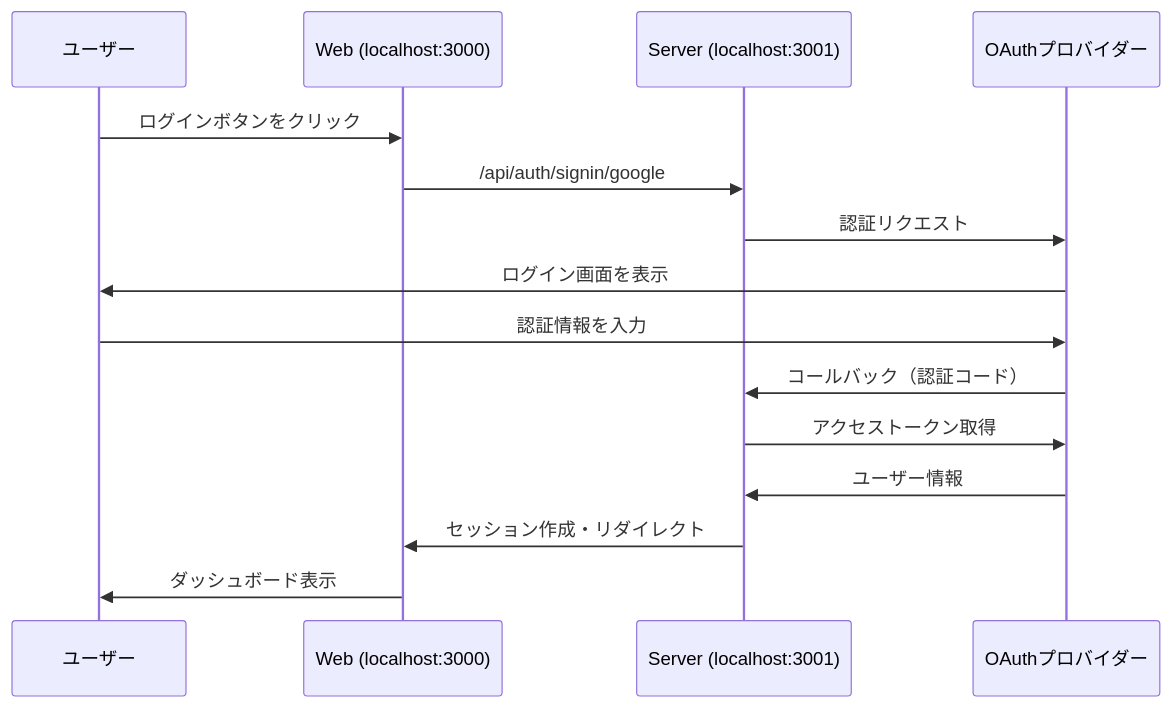
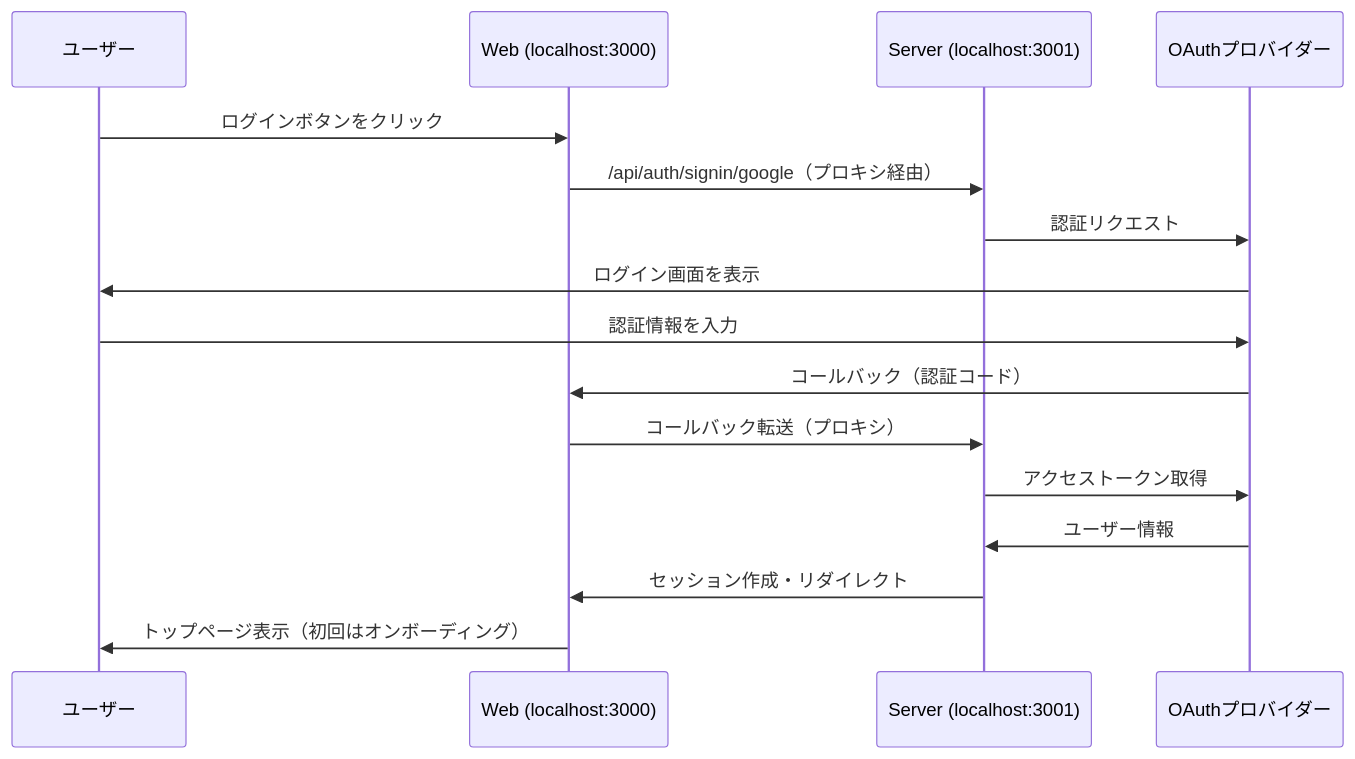
One commit to shiroemons/thac changed the first of 2 diagrams in docs/specs/oauth-setup.md. Above: the diagram before and after it, drawn with Mermaid. The commit also changed other lines of this file, not shown here.

````diff
--- a/docs/specs/oauth-setup.md
+++ b/docs/specs/oauth-setup.md
@@ -12,18 +12,19 @@
 ```mermaid
 sequenceDiagram
     participant U as ユーザー
     participant W as Web (localhost:3000)
     participant S as Server (localhost:3001)
     participant P as OAuthプロバイダー
 
     U->>W: ログインボタンをクリック
-    W->>S: /api/auth/signin/google
+    W->>S: /api/auth/signin/google（プロキシ経由）
     S->>P: 認証リクエスト
     P->>U: ログイン画面を表示
     U->>P: 認証情報を入力
-    P->>S: コールバック（認証コード）
+    P->>W: コールバック（認証コード）
+    W->>S: コールバック転送（プロキシ）
     S->>P: アクセストークン取得
     P->>S: ユーザー情報
     S->>W: セッション作成・リダイレクト
-    W->>U: ダッシュボード表示
+    W->>U: トップページ表示（初回はオンボーディング）
 ```
````
